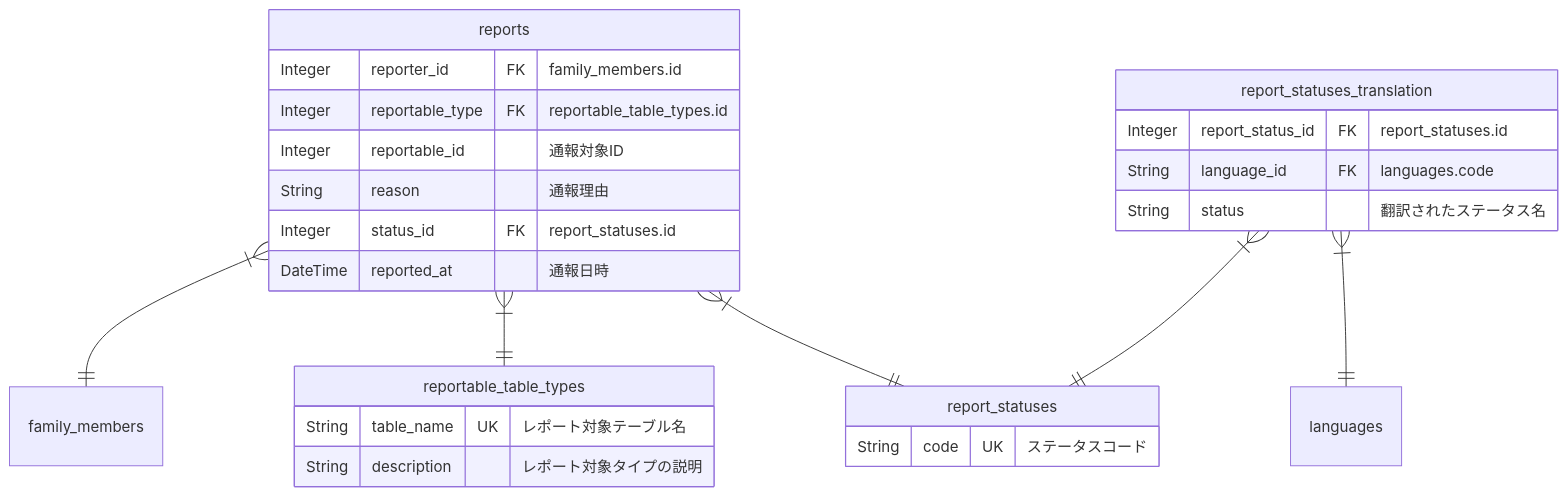
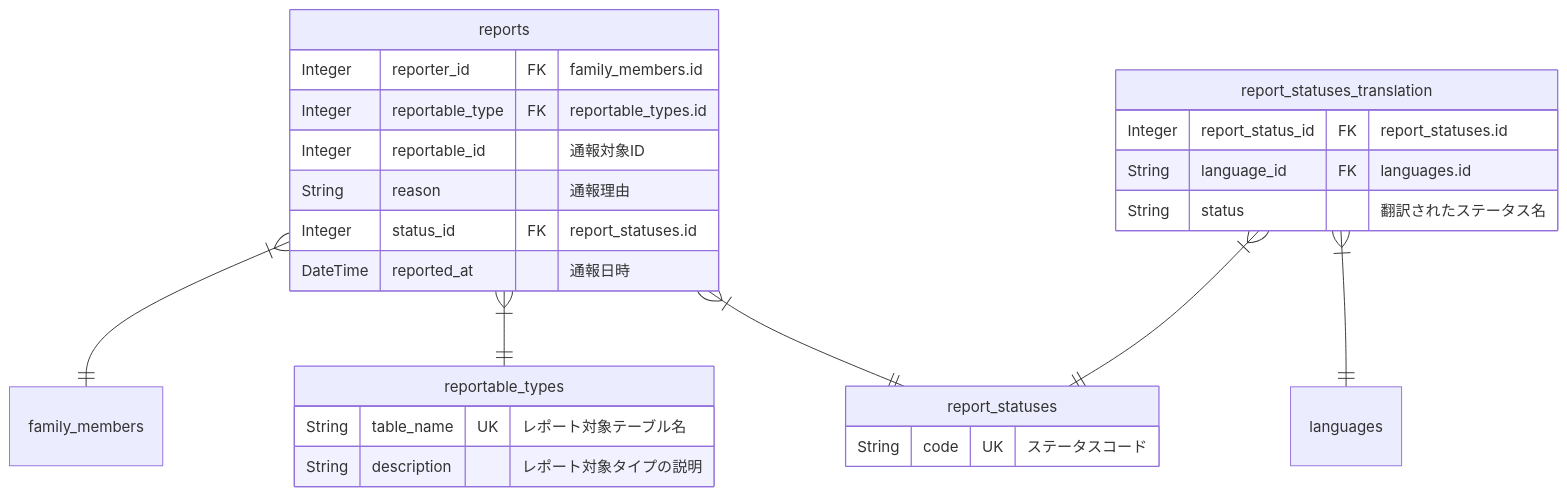
One commit to shuhei1101/allowance-questboard changed diagram 17 of 17 in apps/api/docs/ja/uml/erd.md. Above: the diagram before and after it, drawn with Mermaid. The commit also changed other lines of this file and 20 other files, not shown here.

````diff
--- a/apps/api/docs/ja/uml/erd.md
+++ b/apps/api/docs/ja/uml/erd.md
@@ -650,34 +650,34 @@
 ```mermaid
 %% report
 erDiagram
     reports {
         Integer reporter_id FK "family_members.id"
-        Integer reportable_type FK "reportable_table_types.id"
+        Integer reportable_type FK "reportable_types.id"
         Integer reportable_id "通報対象ID"
         String reason "通報理由"
         Integer status_id FK "report_statuses.id"
         DateTime reported_at "通報日時"
     }
 
     report_statuses {
         String code UK "ステータスコード"
     }
 
     report_statuses_translation {
         Integer report_status_id FK "report_statuses.id"
-        String language_id FK "languages.code"
+        String language_id FK "languages.id"
         String status "翻訳されたステータス名"
     }
 
-    reportable_table_types {
+    reportable_types {
         String table_name UK "レポート対象テーブル名"
         String description "レポート対象タイプの説明"
     }
 
     %% Relationships
     reports }|--|| family_members: ""
-    reports }|--|| reportable_table_types: ""
+    reports }|--|| reportable_types: ""
     reports }|--|| report_statuses: ""
     report_statuses_translation }|--|| report_statuses: ""
     report_statuses_translation }|--|| languages: ""
 ```
````
